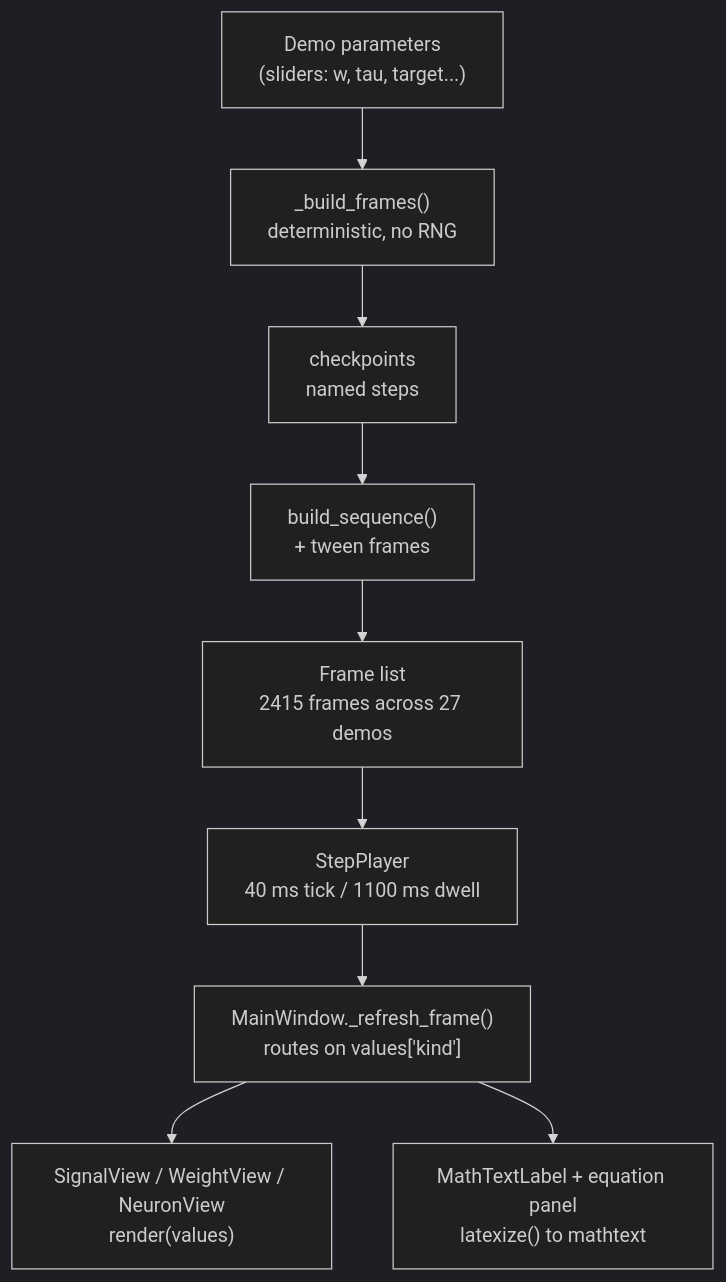
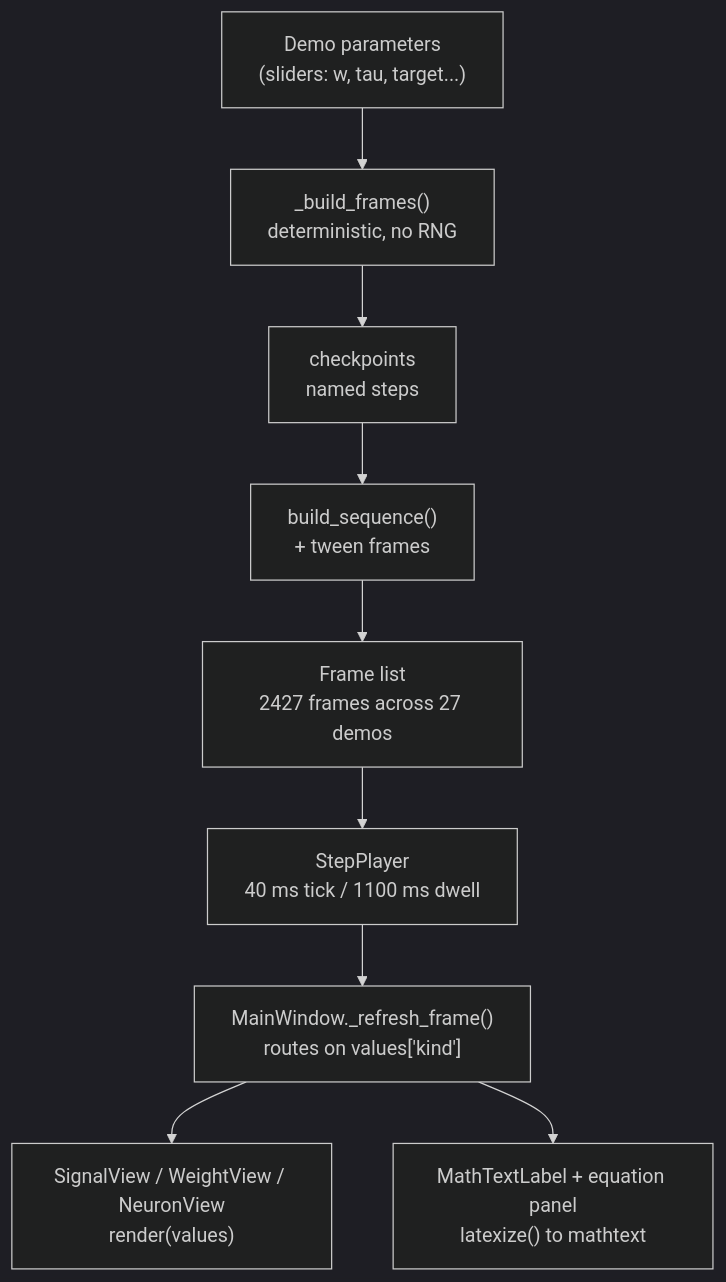
Before and after one commit to ensismoebius/doutorado: the diagram in software/nn/.wiki/Demos/efficient-nn-lab.md, drawn with Mermaid (dark theme). The commit also changed other lines of this file and 14 other files, not shown here.

````diff
--- a/software/nn/.wiki/Demos/efficient-nn-lab.md
+++ b/software/nn/.wiki/Demos/efficient-nn-lab.md
@@ -122,11 +122,11 @@
 ```mermaid
 flowchart TD
     P["Demo parameters<br/>(sliders: w, tau, target...)"] --> B["_build_frames()<br/>deterministic, no RNG"]
     B --> C["checkpoints<br/>named steps"]
     C --> T["build_sequence()<br/>+ tween frames"]
-    T --> L["Frame list<br/>2415 frames across 27 demos"]
+    T --> L["Frame list<br/>2427 frames across 27 demos"]
     L --> S["StepPlayer<br/>40 ms tick / 1100 ms dwell"]
     S --> M["MainWindow._refresh_frame()<br/>routes on values['kind']"]
     M --> V["SignalView / WeightView / NeuronView<br/>render(values)"]
     M --> E["MathTextLabel + equation panel<br/>latexize() to mathtext"]
 ```
````
